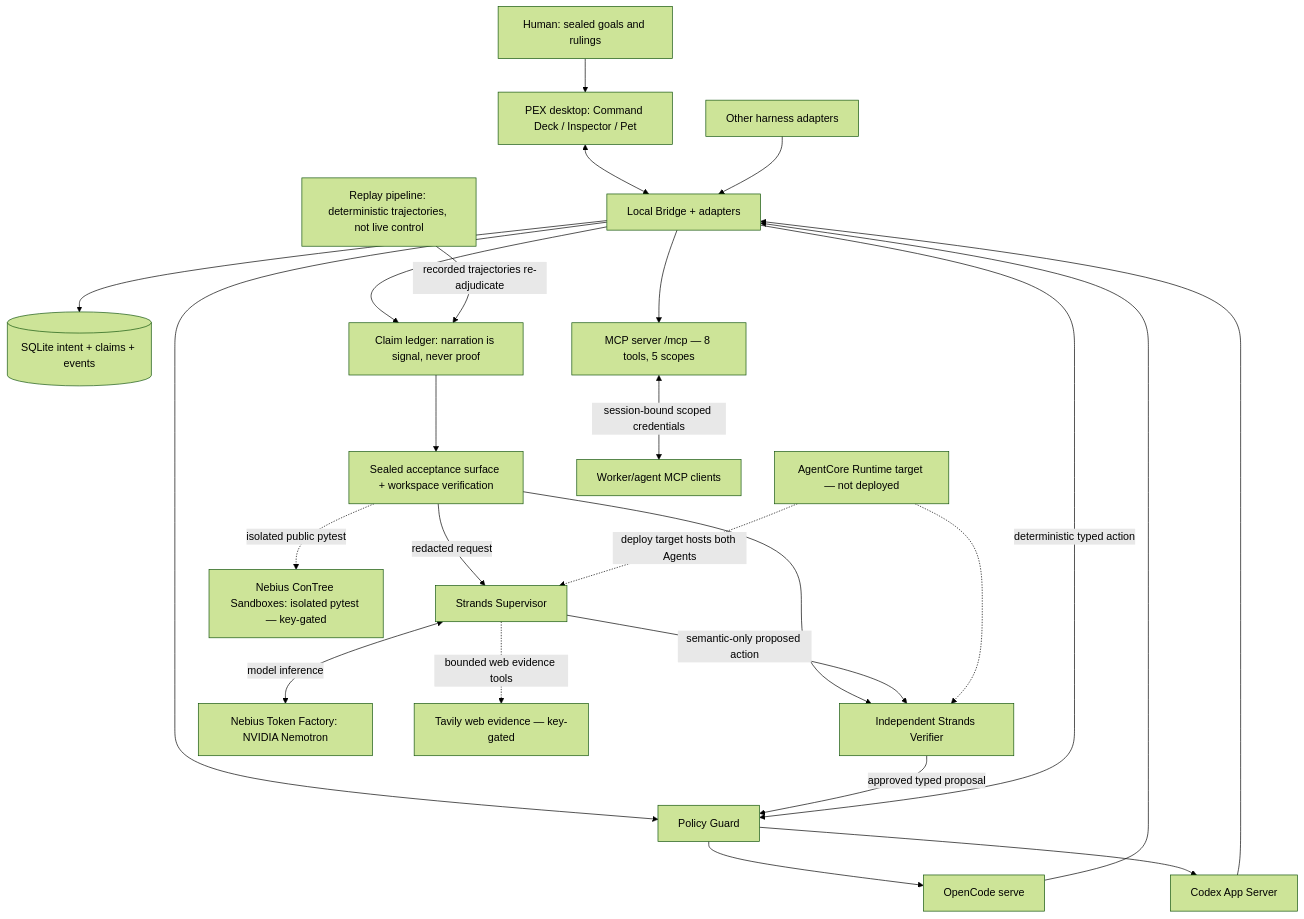
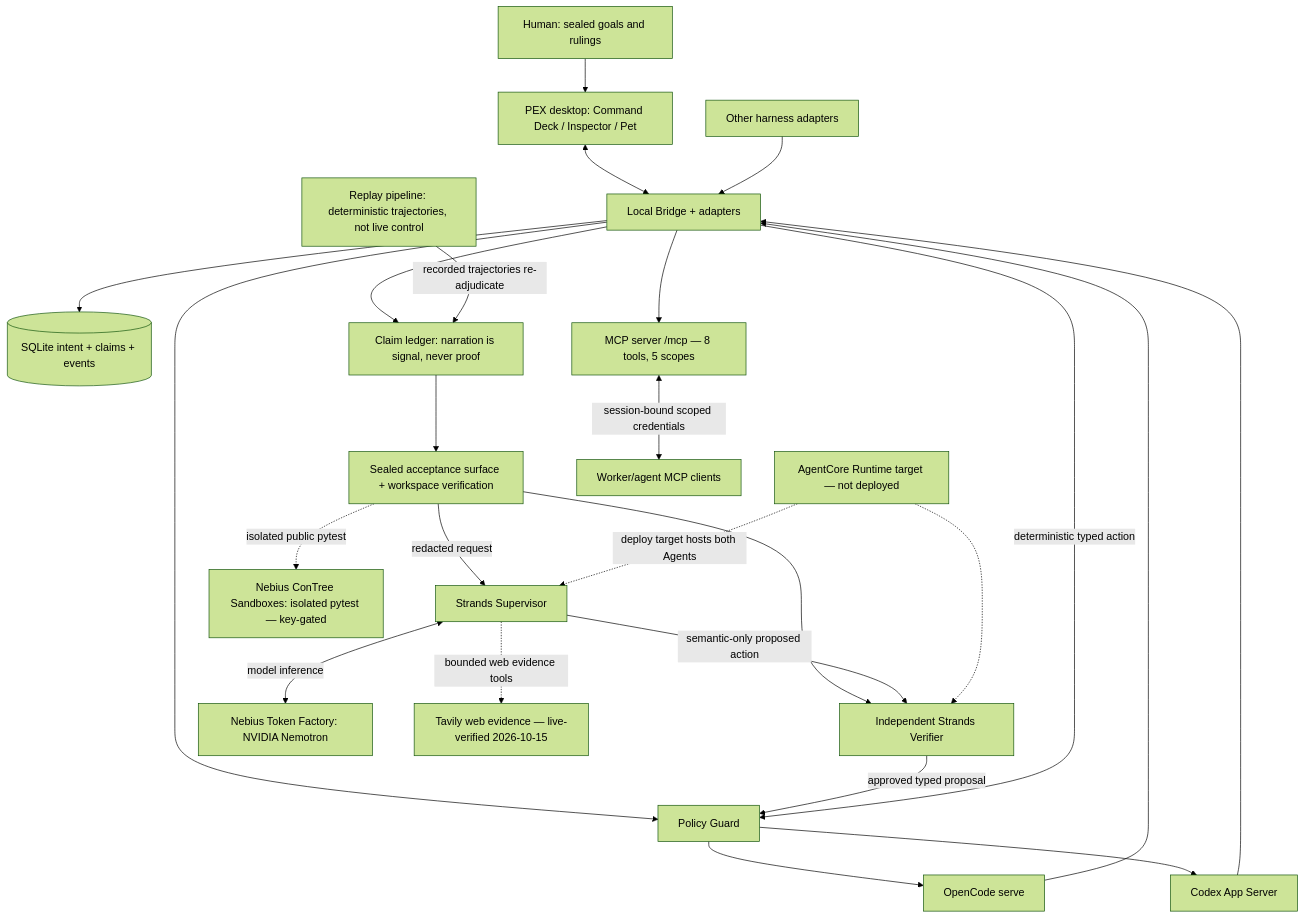
The diagram in docs/architecture/overview.md (josepha-mayo/pex), drawn with Mermaid (forest theme) before and after one commit. The commit also changed 16 other files, not shown here.

````diff
--- a/docs/architecture/overview.md
+++ b/docs/architecture/overview.md
@@ -5,48 +5,48 @@
 ```mermaid
 flowchart TB
   human[Human: sealed goals and rulings]
   pet[PEX desktop: Command Deck / Inspector / Pet]
   bridge[Local Bridge + adapters]
   policy[Policy Guard]
   store[(SQLite intent + claims + events)]
   opencode[OpenCode serve]
   codex[Codex App Server]
   other[Other harness adapters]
   strands[Strands Supervisor]
   verifier[Independent Strands Verifier]
   evidence[Sealed acceptance surface + workspace verification]
   claims[Claim ledger: narration is signal, never proof]
   replay[Replay pipeline: deterministic trajectories, not live control]
   runtime[AgentCore Runtime target — not deployed]
   nebius[Nebius Token Factory: NVIDIA Nemotron]
   contree[Nebius ConTree Sandboxes: isolated pytest — key-gated]
-  tavily[Tavily web evidence — key-gated]
+  tavily[Tavily web evidence — live-verified 2026-10-15]
 
   human --> pet
   pet <--> bridge
   opencode --> bridge
   codex --> bridge
   other --> bridge
   bridge --> store
   bridge --> policy
   policy --> opencode
   policy --> codex
   bridge --> claims
   claims --> evidence
   evidence -->|redacted request| strands
   strands <-->|model inference| nebius
   evidence --> verifier
   strands -->|semantic-only proposed action| verifier
   verifier -->|approved typed proposal| policy
   bridge -->|deterministic typed action| policy
   replay -->|recorded trajectories re-adjudicate| claims
   runtime -.->|deploy target hosts both Agents| strands
   runtime -.-> verifier
   evidence -.->|isolated public pytest| contree
   strands -.->|bounded web evidence tools| tavily
 
   mcpserver[MCP server /mcp — 8 tools, 5 scopes]
   bridge --> mcpserver
   worker2[Worker/agent MCP clients]
   mcpserver <-->|session-bound scoped credentials| worker2
 ```
````
